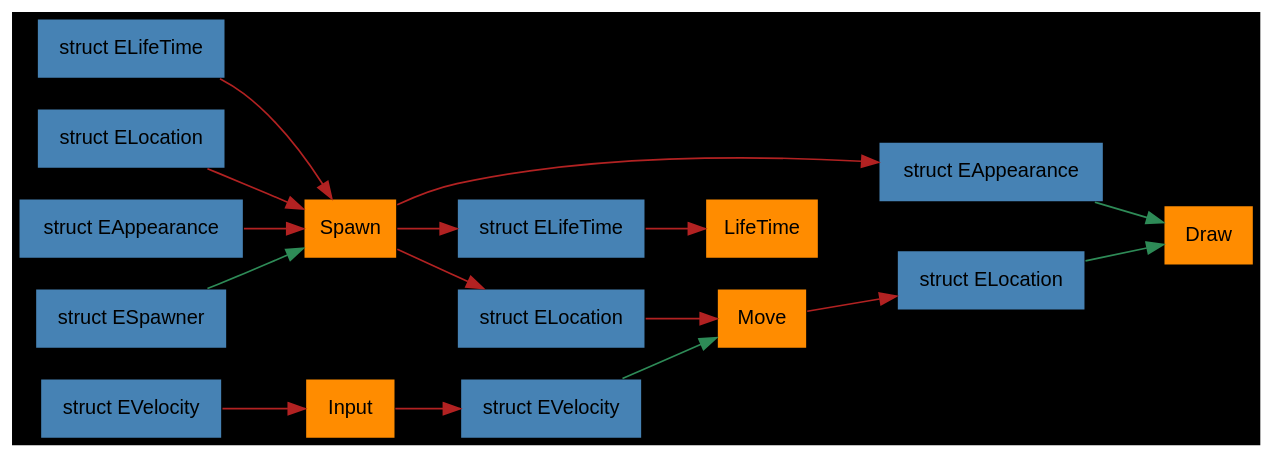
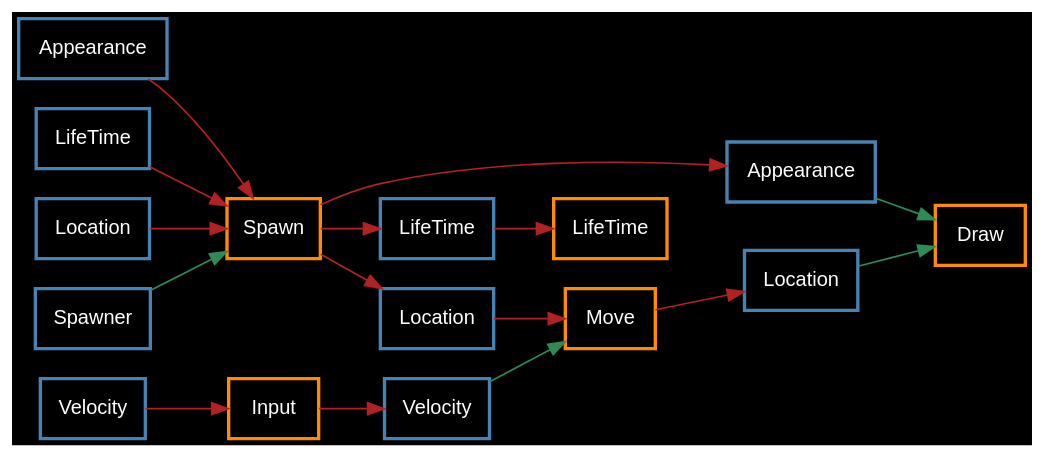
Before and after one commit to BenzzzX/NESL: the diagram in NESL/test.gv, drawn with Graphviz. The commit also changed 9 other files, not shown here.

```diff
--- a/NESL/test.gv
+++ b/NESL/test.gv
@@ -1,46 +1,46 @@
 digraph framegraph 
 {
 rankdir = LR
 bgcolor = black
 
-node [shape=rectangle, fontname="helvetica", fontsize=12]
+node [shape=rectangle, fontname="helvetica", fontsize=12, fontcolor=white]
 
-"Input" [label="Input", style=filled, fillcolor=darkorange]
-"Draw" [label="Draw", style=filled, fillcolor=darkorange]
-"Move" [label="Move", style=filled, fillcolor=darkorange]
-"LifeTime" [label="LifeTime", style=filled, fillcolor=darkorange]
-"Spawn" [label="Spawn", style=filled, fillcolor=darkorange]
+"Input" [label="Input", style=bold, color=darkorange]
+"Draw" [label="Draw", style=bold, color=darkorange]
+"Move" [label="Move", style=bold, color=darkorange]
+"LifeTime" [label="LifeTime", style=bold, color=darkorange]
+"Spawn" [label="Spawn", style=bold, color=darkorange]
 
 
-"struct ELifeTime0" [label="struct ELifeTime", style=filled, fillcolor= steelblue]
-"struct ELifeTime0" -> { } [color=seagreen]
-"struct ELifeTime0" -> { "Spawn" } [color=firebrick]
-"struct ELocation0" [label="struct ELocation", style=filled, fillcolor= steelblue]
-"struct ELocation0" -> { } [color=seagreen]
-"struct ELocation0" -> { "Spawn" } [color=firebrick]
-"struct EAppearance0" [label="struct EAppearance", style=filled, fillcolor= steelblue]
-"struct EAppearance0" -> { } [color=seagreen]
-"struct EAppearance0" -> { "Spawn" } [color=firebrick]
-"struct EVelocity0" [label="struct EVelocity", style=filled, fillcolor= steelblue]
-"struct EVelocity0" -> { } [color=seagreen]
-"struct EVelocity0" -> { "Input" } [color=firebrick]
-"struct ESpawner0" [label="struct ESpawner", style=filled, fillcolor= steelblue]
-"struct ESpawner0" -> { "Spawn" } [color=seagreen]
-"struct EVelocity1" [label="struct EVelocity", style=filled, fillcolor= steelblue]
-"struct EVelocity1" -> { "Move" } [color=seagreen]
-"Input" -> { "struct EVelocity1" } [color=firebrick]
-"struct ELifeTime1" [label="struct ELifeTime", style=filled, fillcolor= steelblue]
-"struct ELifeTime1" -> { } [color=seagreen]
-"struct ELifeTime1" -> { "LifeTime" } [color=firebrick]
-"Spawn" -> { "struct ELifeTime1" } [color=firebrick]
-"struct ELocation1" [label="struct ELocation", style=filled, fillcolor= steelblue]
-"struct ELocation1" -> { } [color=seagreen]
-"struct ELocation1" -> { "Move" } [color=firebrick]
-"Spawn" -> { "struct ELocation1" } [color=firebrick]
-"struct EAppearance1" [label="struct EAppearance", style=filled, fillcolor= steelblue]
-"struct EAppearance1" -> { "Draw" } [color=seagreen]
-"Spawn" -> { "struct EAppearance1" } [color=firebrick]
-"struct ELocation2" [label="struct ELocation", style=filled, fillcolor= steelblue]
-"struct ELocation2" -> { "Draw" } [color=seagreen]
-"Move" -> { "struct ELocation2" } [color=firebrick]
+"Appearance0" [label="Appearance", style=bold, color= steelblue]
+"Appearance0" -> { } [color=seagreen]
+"Appearance0" -> { "Spawn" } [color=firebrick]
+"LifeTime0" [label="LifeTime", style=bold, color= steelblue]
+"LifeTime0" -> { } [color=seagreen]
+"LifeTime0" -> { "Spawn" } [color=firebrick]
+"Location0" [label="Location", style=bold, color= steelblue]
+"Location0" -> { } [color=seagreen]
+"Location0" -> { "Spawn" } [color=firebrick]
+"Velocity0" [label="Velocity", style=bold, color= steelblue]
+"Velocity0" -> { } [color=seagreen]
+"Velocity0" -> { "Input" } [color=firebrick]
+"Spawner0" [label="Spawner", style=bold, color= steelblue]
+"Spawner0" -> { "Spawn" } [color=seagreen]
+"Velocity1" [label="Velocity", style=bold, color= steelblue]
+"Velocity1" -> { "Move" } [color=seagreen]
+"Input" -> { "Velocity1" } [color=firebrick]
+"LifeTime1" [label="LifeTime", style=bold, color= steelblue]
+"LifeTime1" -> { } [color=seagreen]
+"LifeTime1" -> { "LifeTime" } [color=firebrick]
+"Spawn" -> { "LifeTime1" } [color=firebrick]
+"Location1" [label="Location", style=bold, color= steelblue]
+"Location1" -> { } [color=seagreen]
+"Location1" -> { "Move" } [color=firebrick]
+"Spawn" -> { "Location1" } [color=firebrick]
+"Appearance1" [label="Appearance", style=bold, color= steelblue]
+"Appearance1" -> { "Draw" } [color=seagreen]
+"Spawn" -> { "Appearance1" } [color=firebrick]
+"Location2" [label="Location", style=bold, color= steelblue]
+"Location2" -> { "Draw" } [color=seagreen]
+"Move" -> { "Location2" } [color=firebrick]
 }
```
